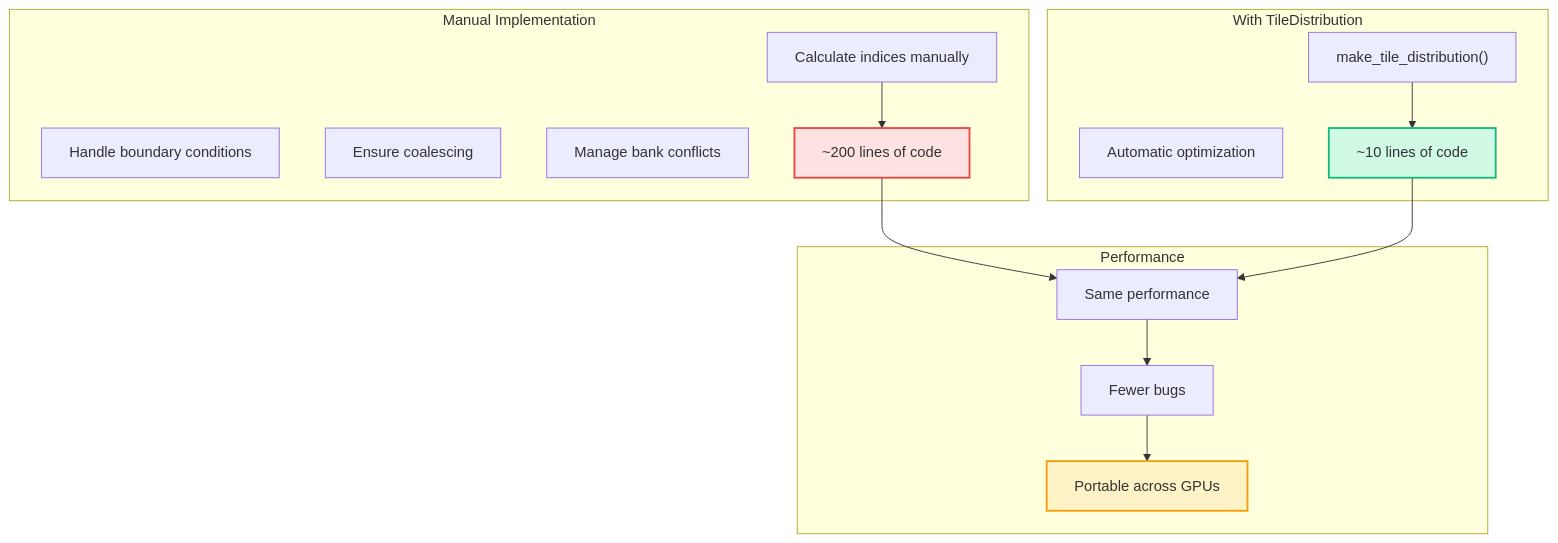
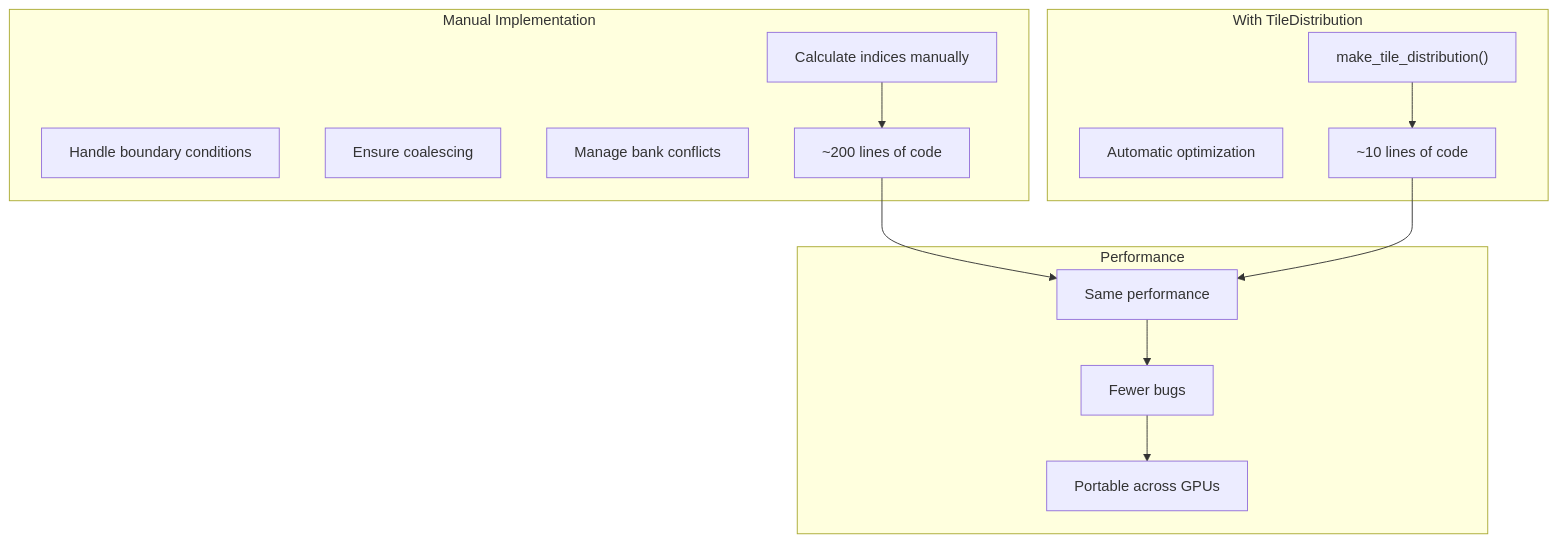
Before and after one commit to hdt98/rocm-libraries: the seventh of 7 diagrams in projects/composablekernel/docs/conceptual/ck_tile/tile_distribution.rst, drawn with Mermaid. The commit also changed other lines of this file and 21 other files, not shown here.

First line of the commit message:
[ck] Updated CK Tile documentation to use mermaid diagrams (#7955)

```diff
--- a/projects/composablekernel/docs/conceptual/ck_tile/tile_distribution.rst
+++ b/projects/composablekernel/docs/conceptual/ck_tile/tile_distribution.rst
@@ -565,34 +467,30 @@
-      .. mermaid::
-      
-         graph TB
-             subgraph "Manual Implementation"
-                 M1["Calculate indices manually"]
-                 M2["Handle boundary conditions"]
-                 M3["Ensure coalescing"]
-                 M4["Manage bank conflicts"]
-                 M5["~200 lines of code"]
-             end
-   
-             subgraph "With TileDistribution"
-                 T1["make_tile_distribution()"]
-                 T2["Automatic optimization"]
-                 T3["~10 lines of code"]
-             end
-   
-             subgraph "Performance"
-                 P1["Same performance"]
-                 P2["Fewer bugs"]
-                 P3["Portable across GPUs"]
-             end
-   
-             M1 --> M5
-             T1 --> T3
-   
-             M5 --> P1
-             T3 --> P1
-             P1 --> P2
-             P2 --> P3
-   
-             style M5 fill:#fee2e2,stroke:#ef4444,stroke-width:2px
-             style T3 fill:#d1fae5,stroke:#10b981,stroke-width:2px
-             style P3 fill:#fef3c7,stroke:#f59e0b,stroke-width:2px
+.. mermaid::
+
+   graph TB
+       subgraph "Manual Implementation"
+           M1["Calculate indices manually"]
+           M2["Handle boundary conditions"]
+           M3["Ensure coalescing"]
+           M4["Manage bank conflicts"]
+           M5["~200 lines of code"]
+       end
+
+       subgraph "With TileDistribution"
+           T1["make_tile_distribution()"]
+           T2["Automatic optimization"]
+           T3["~10 lines of code"]
+       end
+
+       subgraph "Performance"
+           P1["Same performance"]
+           P2["Fewer bugs"]
+           P3["Portable across GPUs"]
+       end
+
+       M1 --> M5
+       T1 --> T3
+
+       M5 --> P1
+       T3 --> P1
+       P1 --> P2
+       P2 --> P3
```
